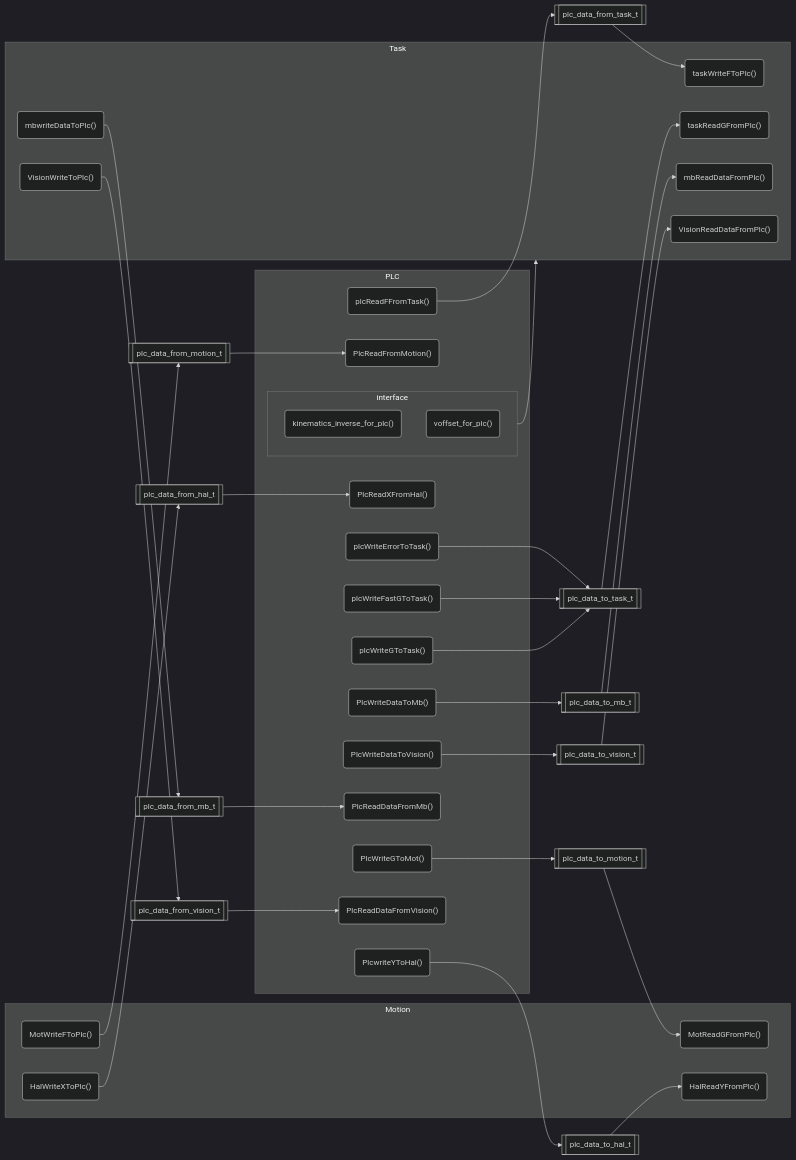
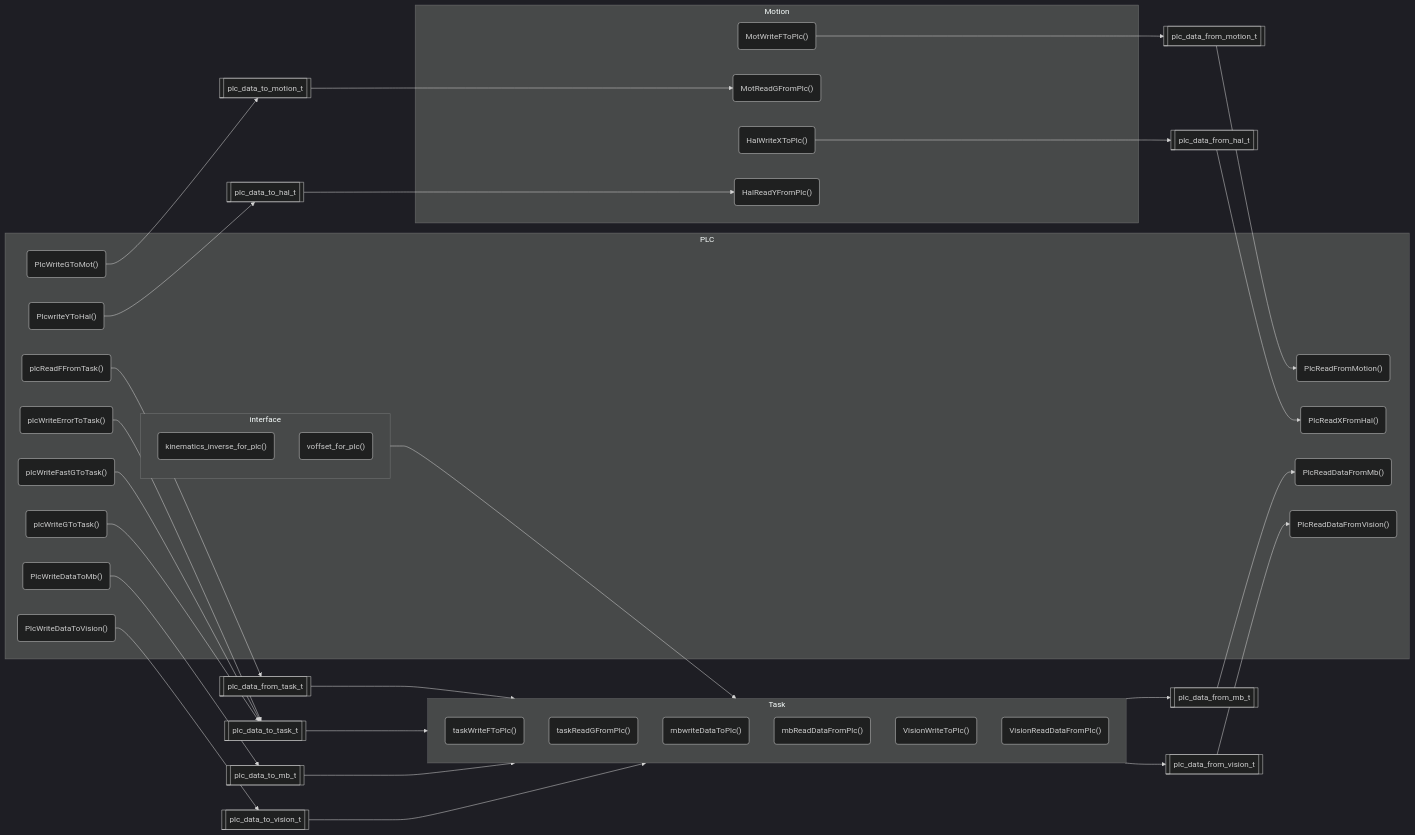
The diagram in next-gen-cont.md (yctan70/yctan70.github.io), drawn with Mermaid (dark theme) before and after one commit.

````diff
--- a/next-gen-cont.md
+++ b/next-gen-cont.md
@@ -1,59 +1,60 @@
 ```mermaid
 flowchart LR
 M("MotWriteFToPlc()") --> D[["plc_data_from_motion_t"]]
 D --> P("PlcReadFromMotion()")
 P1("PlcWriteGToMot()") --> D1[["plc_data_to_motion_t"]]
 D1 --> M1("MotReadGFromPlc()")
 M2("HalWriteXToPlc()") --> D2[["plc_data_from_hal_t"]] 
 D2 --> P2("PlcReadXFromHal()")
 P3("PlcwriteYToHal()") --> D3[["plc_data_to_hal_t"]] 
 D3 --> M3("HalReadYFromPlc()")
 P4("plcReadFFromTask()") --> D4[["plc_data_from_task_t"]]
 D4 --> T1("taskWriteFToPlc()")
 P5("plcWriteErrorToTask()") --> D5[["plc_data_to_task_t"]]
 P6("plcWriteFastGToTask()") --> D5
 P7("plcWriteGToTask()") --> D5
 D5 --> T2("taskReadGFromPlc()")
 T3("mbwriteDataToPlc()") --> D6[["plc_data_from_mb_t"]]
 D6 --> P8("PlcReadDataFromMb()")
 P9("PlcWriteDataToMb()") --> D7[["plc_data_to_mb_t"]]
 D7 --> T4("mbReadDataFromPlc()")
 T5("VisionWriteToPlc()") --> D8[["plc_data_from_vision_t"]]
 D8 --> P10("PlcReadDataFromVision()")
 P11("PlcWriteDataToVision()") --> D9[["plc_data_to_vision_t"]]
 D9 --> T6("VisionReadDataFromPlc()")
 subgraph Motion
 	M
 	M1
 	M2
 	M3
 end
 subgraph Task
+direction TB
 	T1
 	T2
 	T3
 	T4
 	T5
 	T6
 end
 subgraph PLC
 	subgraph interface
 		P12("kinematics_inverse_for_plc()")
 		P13("voffset_for_plc()")
 	end
 	P
 	P1
 	P2
 	P3
 	P4
 	P5
 	P6
 	P7
 	P8
 	P9
 	P10
 	P11
 end
 interface --> Task
 
 ```
````
